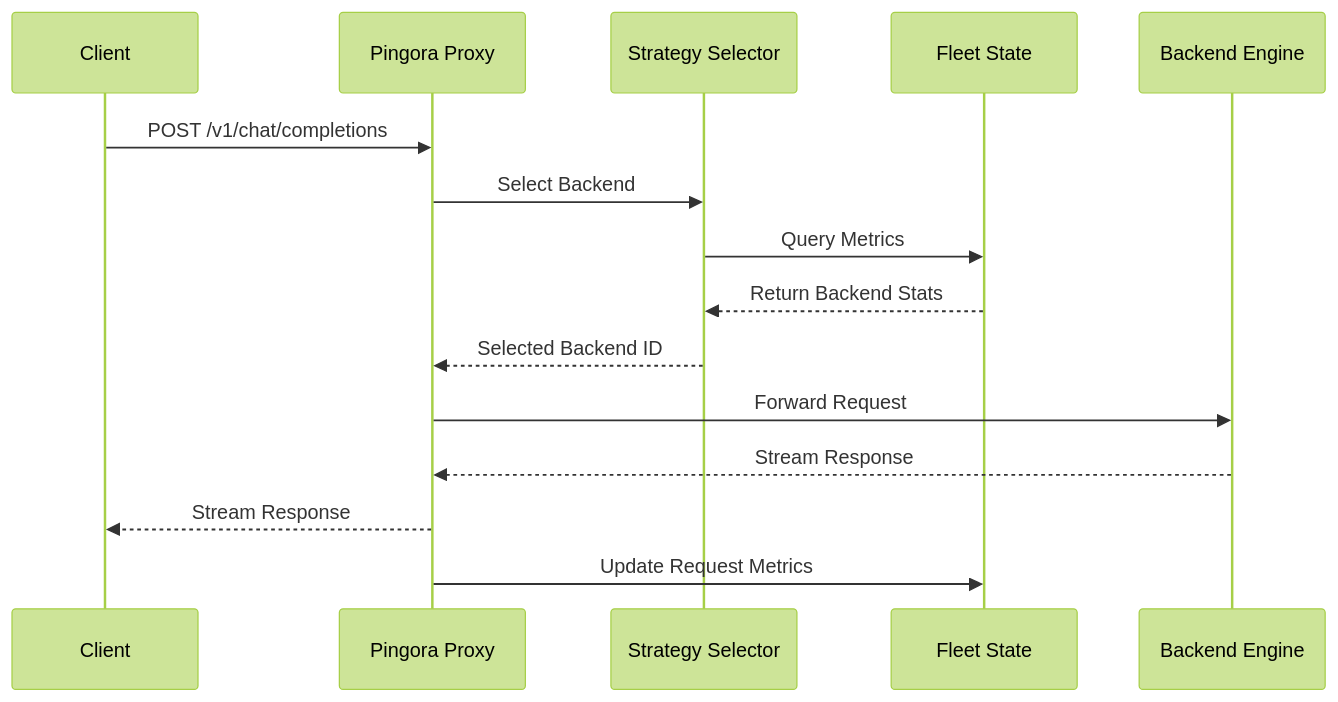
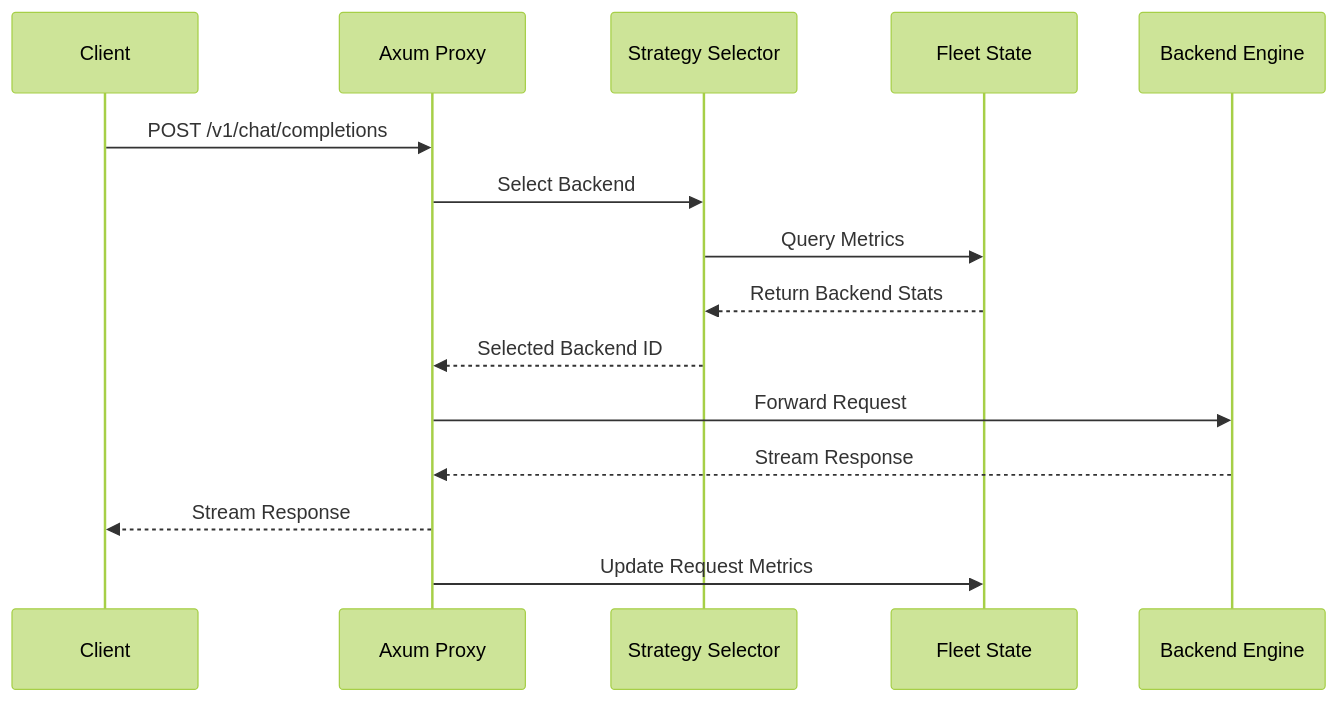
The second of 4 diagrams in README.md (Ammar-Alnagar/Kairos), drawn with Mermaid (forest theme) before and after one commit. The commit also changed other lines of this file and 2 other files, not shown here.

First line of the commit message:
Refactor: Use Axum instead of Pingora

````diff
--- a/README.md
+++ b/README.md
@@ -57,18 +57,18 @@
 ```mermaid
 sequenceDiagram
     participant C as Client
-    participant P as Pingora Proxy
+    participant P as Axum Proxy
     participant S as Strategy Selector
     participant F as Fleet State
     participant B as Backend Engine
 
     C->>P: POST /v1/chat/completions
     P->>S: Select Backend
     S->>F: Query Metrics
     F-->>S: Return Backend Stats
     S-->>P: Selected Backend ID
     P->>B: Forward Request
     B-->>P: Stream Response
     P-->>C: Stream Response
     P->>F: Update Request Metrics
 ```
````
